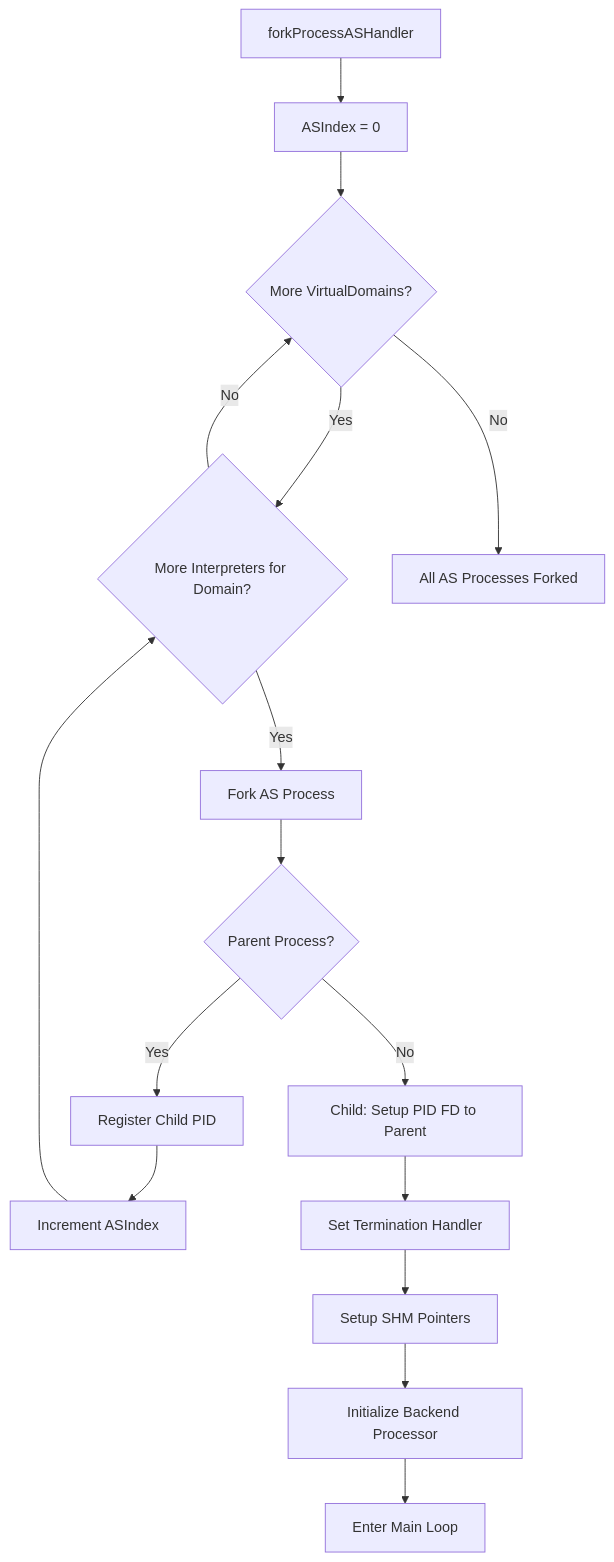
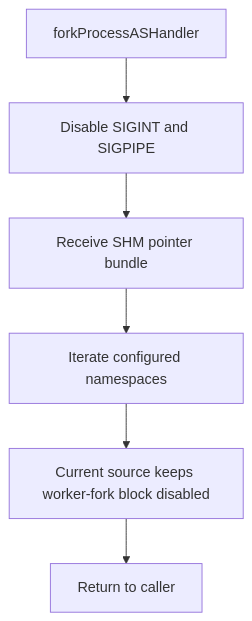
One commit to WEBcodeX1/http-1.2 changed the first of 11 diagrams in doc/Graphical-Workflows.rst. Above: the diagram before and after it, drawn with Mermaid. The commit also changed other lines of this file and 22 other files, not shown here.

Commit message:
Refresh docs for current architecture

```diff
--- a/doc/Graphical-Workflows.rst
+++ b/doc/Graphical-Workflows.rst
@@ -12,18 +13,8 @@
 .. mermaid::
 
     flowchart TD;
-    A[forkProcessASHandler] --> B[ASIndex = 0];
-    B --> C{More VirtualDomains?};
-    C -->|Yes| D{More Interpreters for Domain?};
-    D -->|Yes| E[Fork AS Process];
-    E --> F{Parent Process?};
-    F -->|Yes| G[Register Child PID];
-    G --> H[Increment ASIndex];
-    H --> D;
-    F -->|No| I[Child: Setup PID FD to Parent];
-    I --> J[Set Termination Handler];
-    J --> K[Setup SHM Pointers];
-    K --> L[Initialize Backend Processor];
-    L --> M[Enter Main Loop];
-    D -->|No| C;
-    C -->|No| N[All AS Processes Forked];
+    A[forkProcessASHandler] --> B[Disable SIGINT and SIGPIPE];
+    B --> C[Receive SHM pointer bundle];
+    C --> D[Iterate configured namespaces];
+    D --> E[Current source keeps worker-fork block disabled];
+    E --> F[Return to caller];
```
